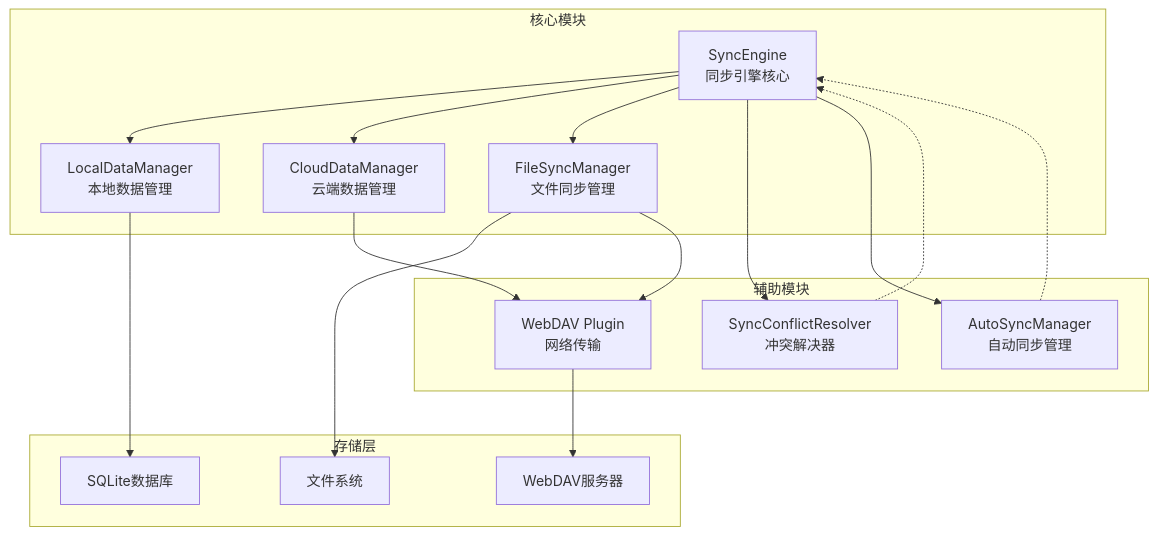
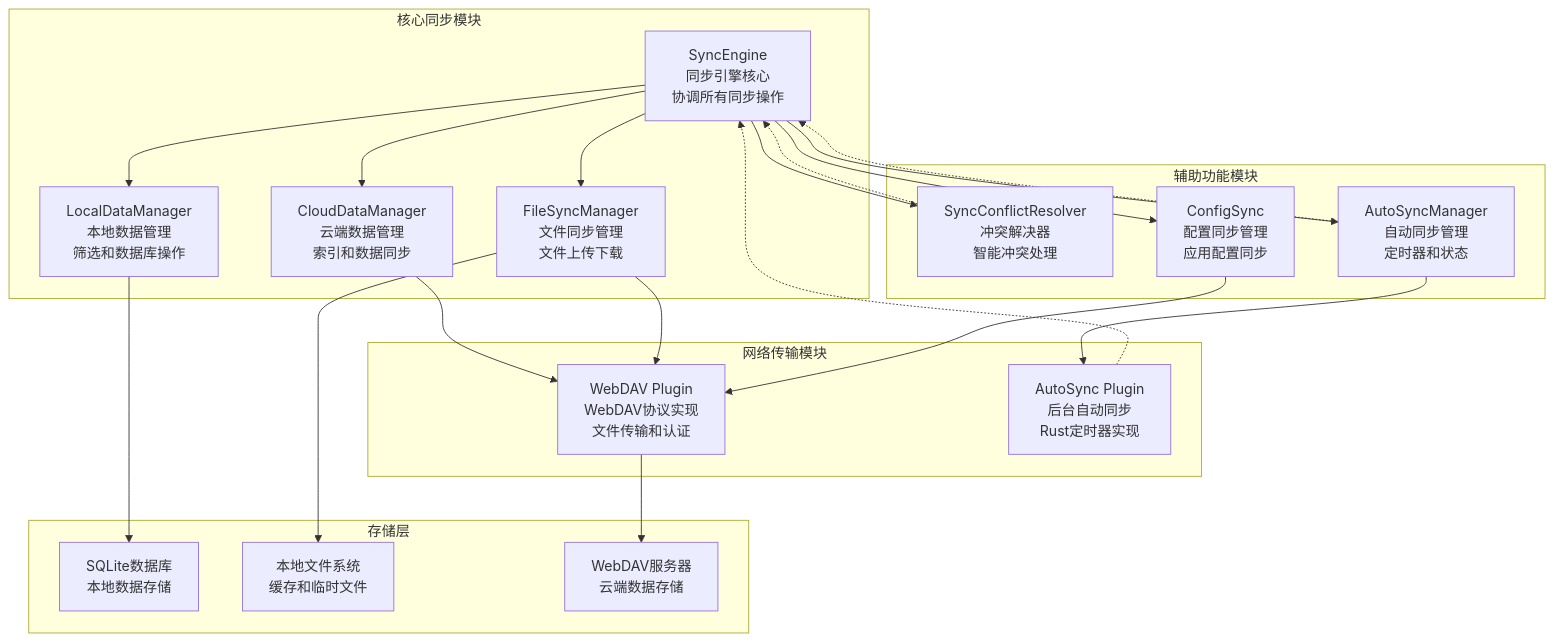
The eighth of 10 diagrams in docs/architecture-diagram.md (Ruszero01/EcoPaste-Sync), drawn with Mermaid before and after one commit. The commit also changed other lines of this file and 5 other files, not shown here.

````diff
--- a/docs/architecture-diagram.md
+++ b/docs/architecture-diagram.md
@@ -228,37 +316,46 @@
 ```mermaid
 graph TD
-    subgraph "核心模块"
-        SyncEngine[SyncEngine<br/>同步引擎核心]
-        LocalData[LocalDataManager<br/>本地数据管理]
-        CloudData[CloudDataManager<br/>云端数据管理]
-        FileSync[FileSyncManager<br/>文件同步管理]
+    subgraph "核心同步模块"
+        SyncEngine[SyncEngine<br/>同步引擎核心<br/>协调所有同步操作]
+        LocalData[LocalDataManager<br/>本地数据管理<br/>筛选和数据库操作]
+        CloudData[CloudDataManager<br/>云端数据管理<br/>索引和数据同步]
+        FileSync[FileSyncManager<br/>文件同步管理<br/>文件上传下载]
     end
 
-    subgraph "辅助模块"
-        ConflictResolver[SyncConflictResolver<br/>冲突解决器]
-        AutoSync[AutoSyncManager<br/>自动同步管理]
-        WebDAV[WebDAV Plugin<br/>网络传输]
+    subgraph "辅助功能模块"
+        ConflictResolver[SyncConflictResolver<br/>冲突解决器<br/>智能冲突处理]
+        AutoSync[AutoSyncManager<br/>自动同步管理<br/>定时器和状态]
+        ConfigSync[ConfigSync<br/>配置同步管理<br/>应用配置同步]
+    end
+
+    subgraph "网络传输模块"
+        WebDAV[WebDAV Plugin<br/>WebDAV协议实现<br/>文件传输和认证]
+        AutoSyncPlugin[AutoSync Plugin<br/>后台自动同步<br/>Rust定时器实现]
     end
 
     subgraph "存储层"
-        Database[SQLite数据库]
-        FileSystem[文件系统]
-        RemoteStorage[WebDAV服务器]
+        Database[SQLite数据库<br/>本地数据存储]
+        FileSystem[本地文件系统<br/>缓存和临时文件]
+        RemoteStorage[WebDAV服务器<br/>云端数据存储]
     end
 
     SyncEngine --> LocalData
     SyncEngine --> CloudData
     SyncEngine --> FileSync
     SyncEngine --> ConflictResolver
     SyncEngine --> AutoSync
+    SyncEngine --> ConfigSync
 
     LocalData --> Database
     FileSync --> FileSystem
     CloudData --> WebDAV
     FileSync --> WebDAV
+    ConfigSync --> WebDAV
 
     WebDAV --> RemoteStorage
+    AutoSync --> AutoSyncPlugin
+    AutoSyncPlugin -.-> SyncEngine
 
     ConflictResolver -.-> SyncEngine
     AutoSync -.-> SyncEngine
 ```
````
